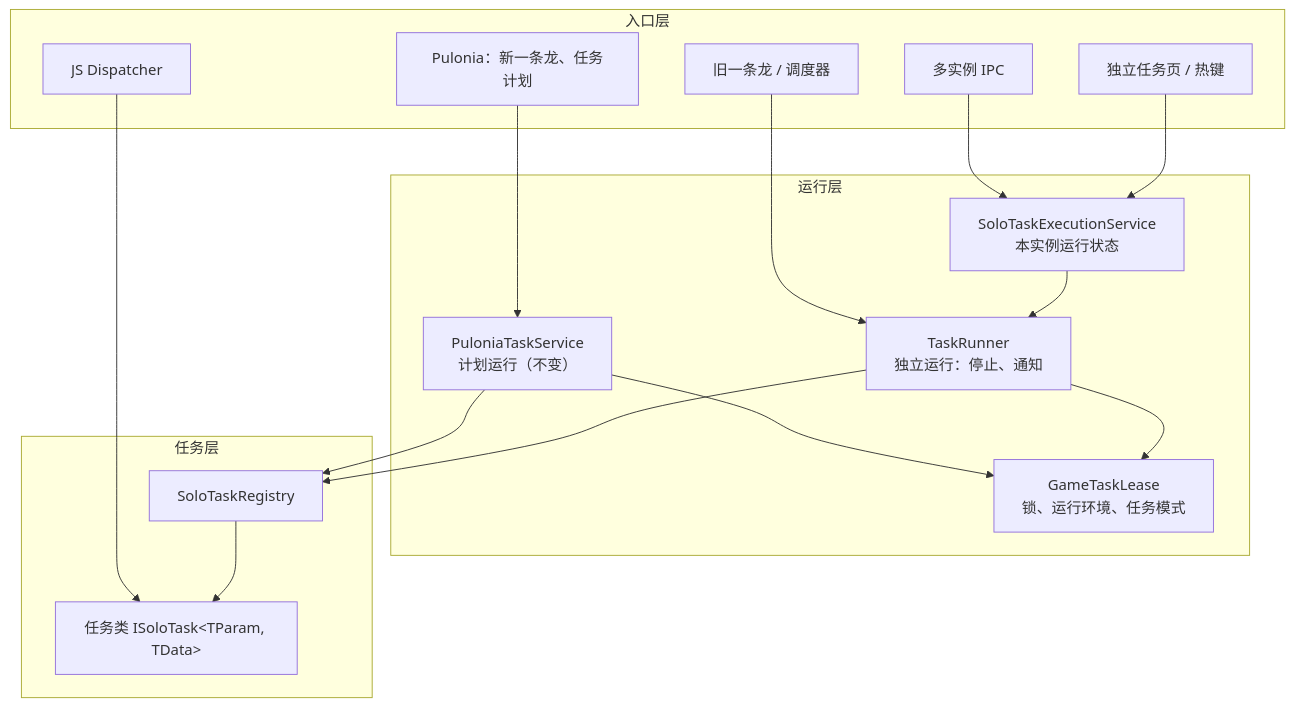
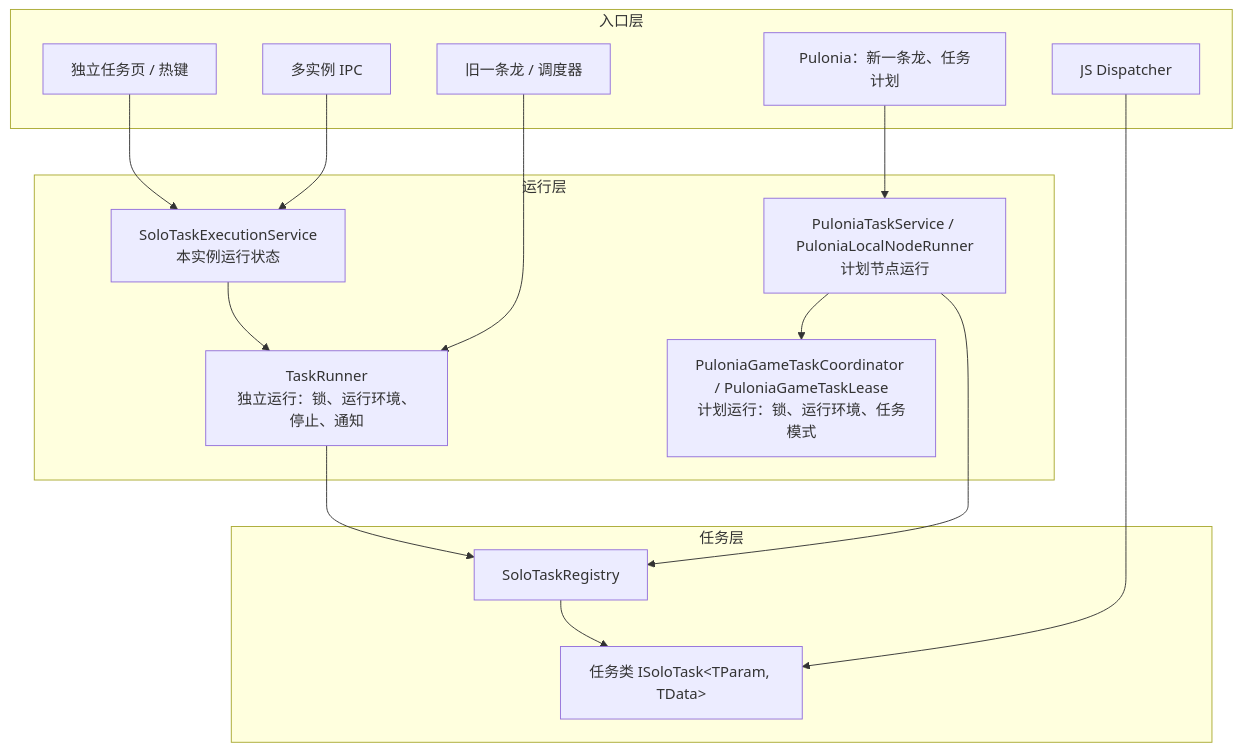
Before and after one commit to babalae/better-genshin-impact: the diagram in Docs/design/task-contract.md, drawn with Mermaid. The commit also changed other lines of this file and 1 other file, not shown here.

````diff
--- a/Docs/design/task-contract.md
+++ b/Docs/design/task-contract.md
@@ -90,31 +91,30 @@
 ```mermaid
 flowchart TB
     subgraph Entry["入口层"]
         E1["独立任务页 / 热键"]
         E2["多实例 IPC"]
         E3["Pulonia：新一条龙、任务计划"]
         E4["JS Dispatcher"]
         E5["旧一条龙 / 调度器"]
     end
     subgraph Run["运行层"]
         RS["SoloTaskExecutionService<br/>本实例运行状态"]
-        TR["TaskRunner<br/>独立运行：停止、通知"]
-        PS["PuloniaTaskService<br/>计划运行（不变）"]
-        L["GameTaskLease<br/>锁、运行环境、任务模式"]
+        TR["TaskRunner<br/>独立运行：锁、运行环境、停止、通知"]
+        PS["PuloniaTaskService / PuloniaLocalNodeRunner<br/>计划节点运行"]
+        L["PuloniaGameTaskCoordinator / PuloniaGameTaskLease<br/>计划运行：锁、运行环境、任务模式"]
     end
     subgraph Task["任务层"]
         REG["SoloTaskRegistry"]
         T["任务类 ISoloTask&lt;TParam, TData&gt;"]
     end
     E1 --> RS
     E2 --> RS
     RS --> TR
     E5 --> TR
     E3 --> PS
-    TR --> L
     PS --> L
     TR --> REG
     PS --> REG
     REG --> T
     E4 --> T
 ```
````
